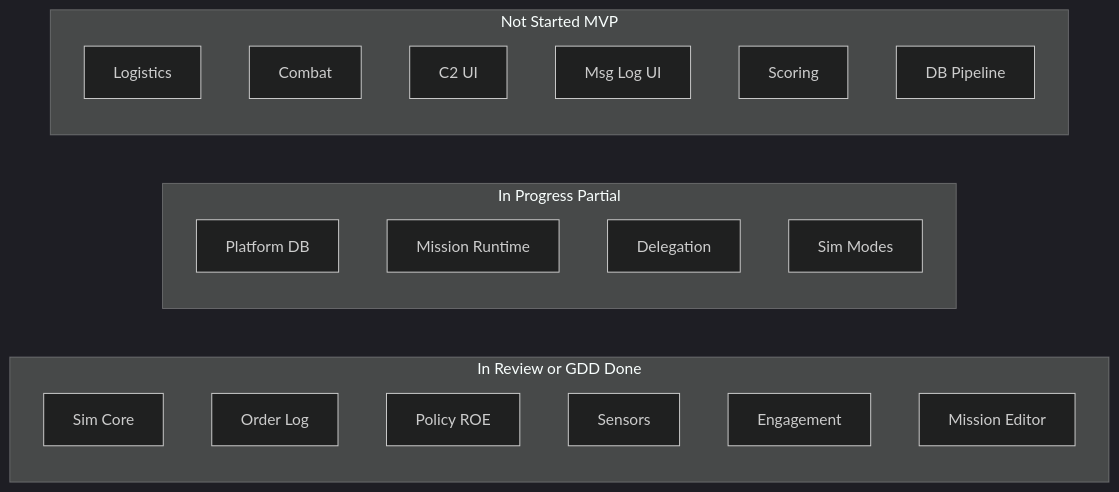
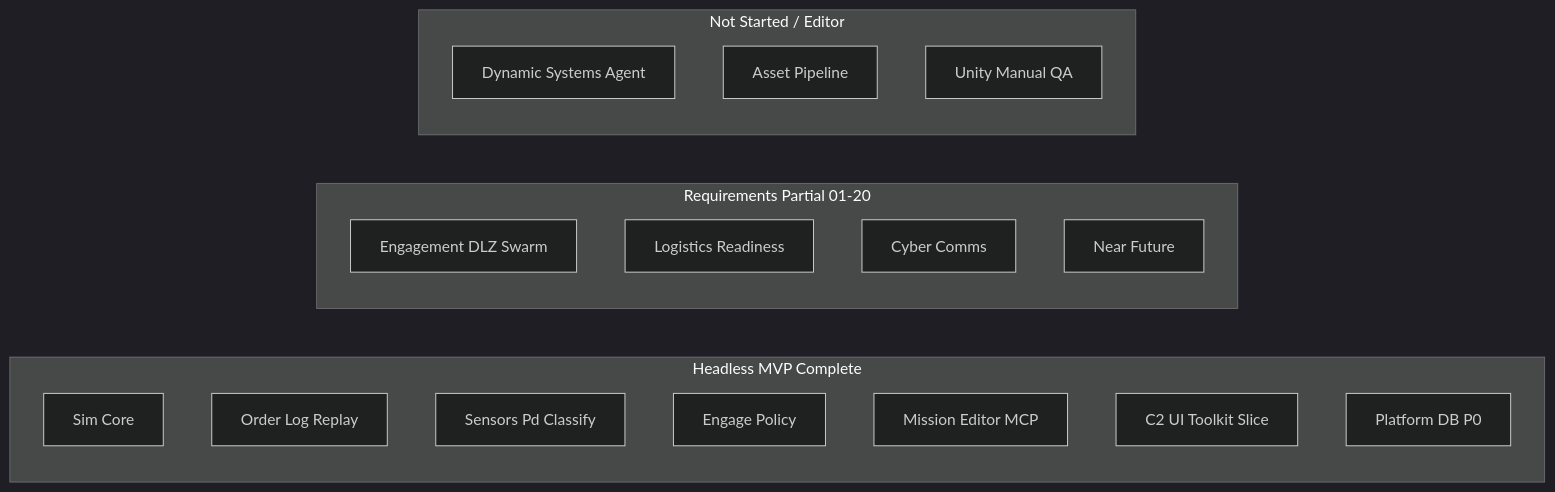
The diagram in docs/reports/project-dashboard.md (drgaciw/cmano-clone), drawn with Mermaid (dark theme) before and after one commit. The commit also changed other lines of this file and 2 other files, not shown here.

````diff
--- a/docs/reports/project-dashboard.md
+++ b/docs/reports/project-dashboard.md
@@ -180,25 +185,23 @@
 ```mermaid
 flowchart LR
-  subgraph done [In Review or GDD Done]
+  subgraph done [Headless MVP Complete]
     S1[Sim Core]
-    S2[Order Log]
-    S3[Policy ROE]
-    S5[Sensors]
-    S6[Engagement]
-    S11[Mission Editor]
+    S2[Order Log Replay]
+    S5[Sensors Pd Classify]
+    S6[Engage Policy]
+    S11[Mission Editor MCP]
+    S20partial[C2 UI Toolkit Slice]
+    S4partial[Platform DB P0]
   end
-  subgraph wip [In Progress Partial]
-    S4[Platform DB]
-    S9[Mission Runtime]
-    S10[Delegation]
-    S14[Sim Modes]
+  subgraph wip [Requirements Partial 01-20]
+    R14[Engagement DLZ Swarm]
+    R16[Logistics Readiness]
+    R19[Cyber Comms]
+    R09[Near Future]
   end
-  subgraph todo [Not Started MVP]
-    S7[Logistics]
-    S8[Combat]
-    S12[C2 UI]
-    S13[Msg Log UI]
-    S17[Scoring]
-    S20[DB Pipeline]
+  subgraph todo [Not Started / Editor]
+    R05[Dynamic Systems Agent]
+    Assets[Asset Pipeline]
+    UnityQA[Unity Manual QA]
   end
 ```
````
